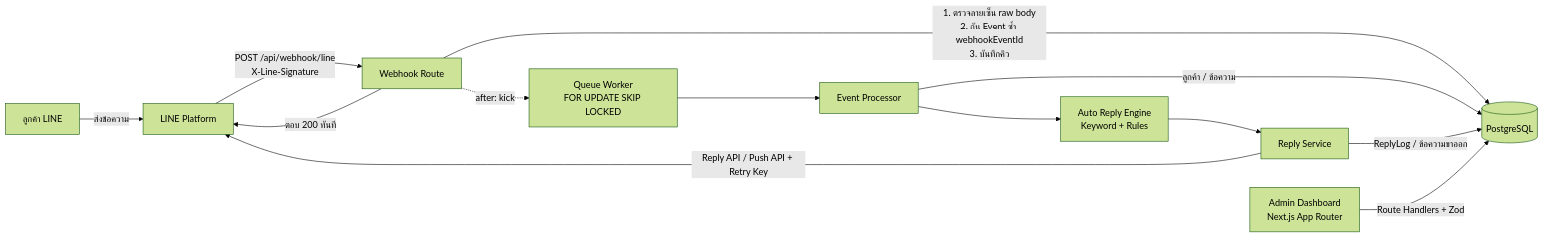
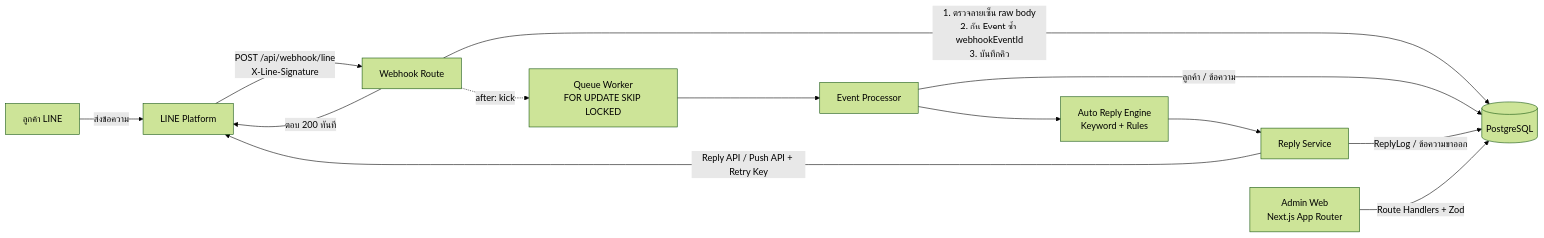
Before and after one commit to natdanaiptsn/VibeCodeMessaging: the diagram in README.md, drawn with Mermaid (forest theme). The commit also changed other lines of this file and 23 other files, not shown here.

````diff
--- a/README.md
+++ b/README.md
@@ -47,15 +45,15 @@
 ```mermaid
 flowchart LR
   U[ลูกค้า LINE] -->|ส่งข้อความ| LP[LINE Platform]
   LP -->|POST /api/webhook/line<br/>X-Line-Signature| WH[Webhook Route]
   WH -->|1. ตรวจลายเซ็น raw body<br/>2. กัน Event ซ้ำ webhookEventId<br/>3. บันทึกคิว| DB[(PostgreSQL)]
   WH -->|ตอบ 200 ทันที| LP
   WH -.->|after: kick| Q[Queue Worker<br/>FOR UPDATE SKIP LOCKED]
   Q --> P[Event Processor]
   P -->|ลูกค้า / ข้อความ| DB
   P --> E[Auto Reply Engine<br/>Keyword + Rules]
   E --> R[Reply Service]
   R -->|Reply API / Push API + Retry Key| LP
   R -->|ReplyLog / ข้อความขาออก| DB
-  A[Admin Dashboard<br/>Next.js App Router] -->|Route Handlers + Zod| DB
+  A[Admin Web<br/>Next.js App Router] -->|Route Handlers + Zod| DB
 ```
````
